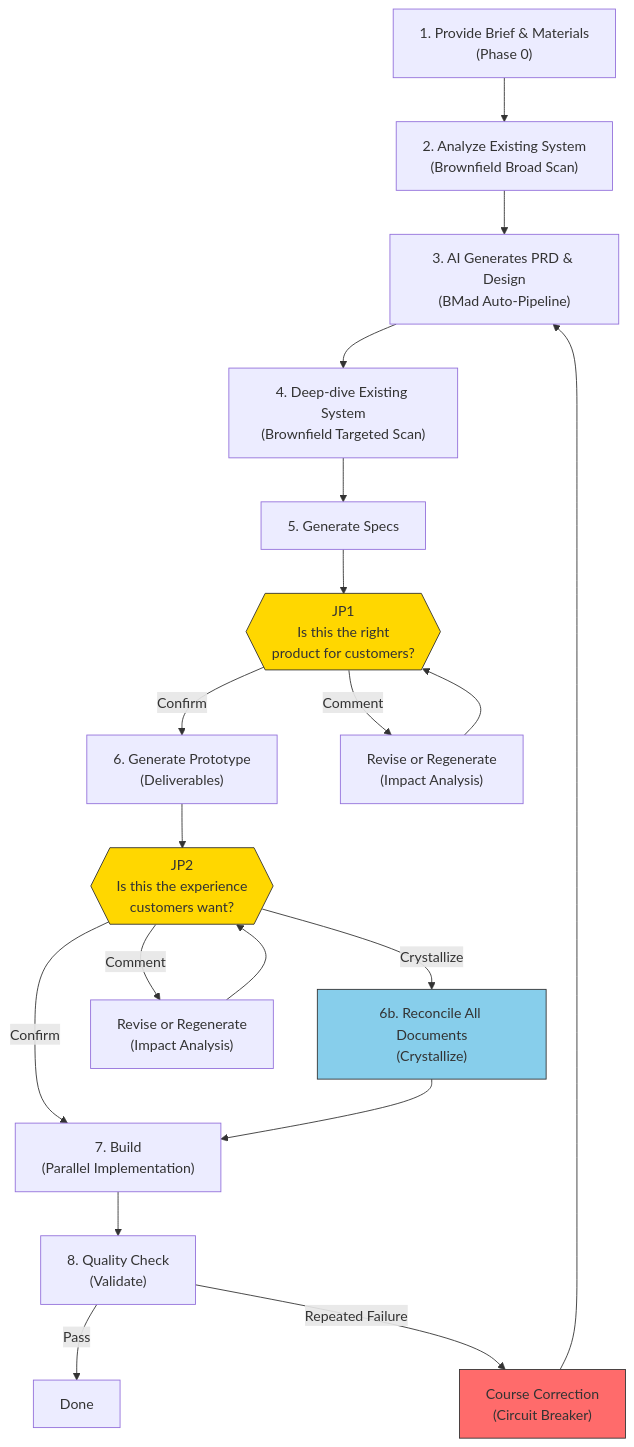
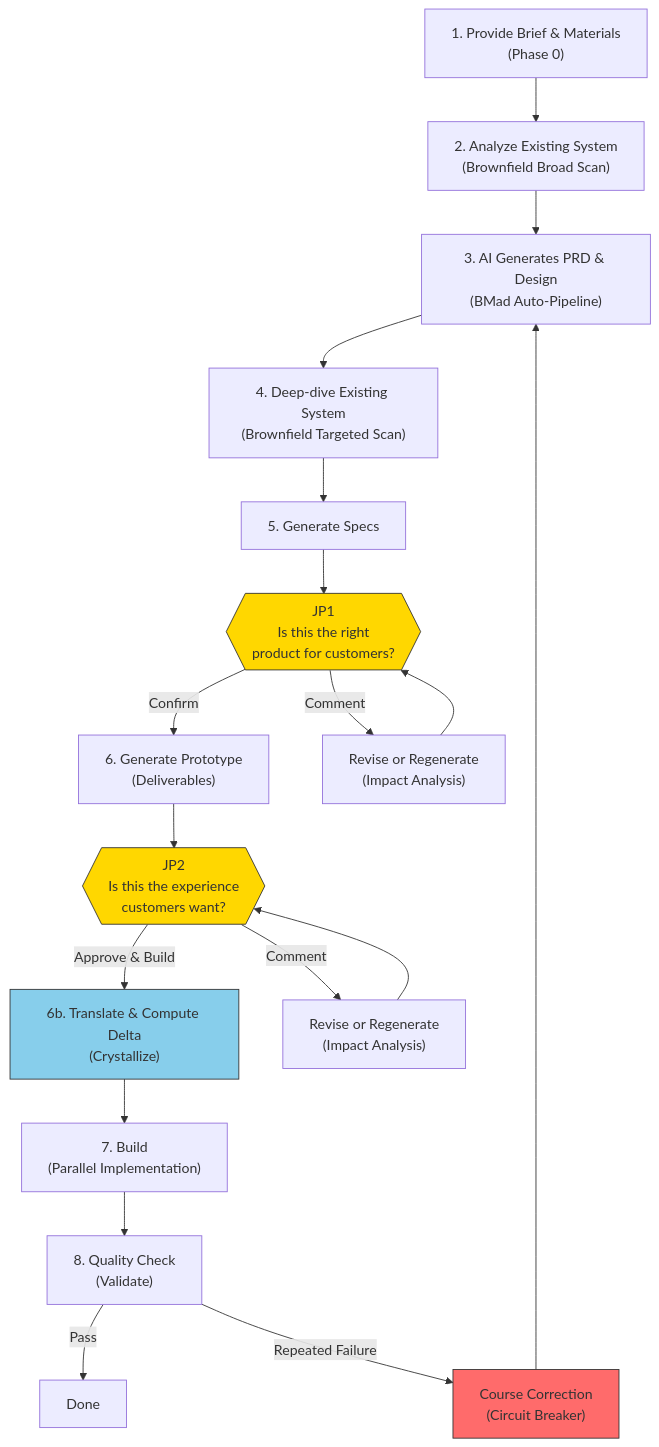
One commit to kangminlee-maker/jdd-sprint-kit changed the diagram in docs/blueprint.md. Above: the diagram before and after it, drawn with Mermaid. The commit also changed other lines of this file and 10 other files, not shown here.

````diff
--- a/docs/blueprint.md
+++ b/docs/blueprint.md
@@ -26,26 +26,25 @@
 ```mermaid
 flowchart TD
     A["1. Provide Brief & Materials\n(Phase 0)"] --> B["2. Analyze Existing System\n(Brownfield Broad Scan)"]
     B --> C["3. AI Generates PRD & Design\n(BMad Auto-Pipeline)"]
     C --> D["4. Deep-dive Existing System\n(Brownfield Targeted Scan)"]
     D --> E["5. Generate Specs"]
     E --> JP1{{"JP1\nIs this the right\nproduct for customers?"}}
     JP1 -->|Confirm| F["6. Generate Prototype\n(Deliverables)"]
     JP1 -->|Comment| JP1_FB["Revise or Regenerate\n(Impact Analysis)"]
     JP1_FB --> JP1
     F --> JP2{{"JP2\nIs this the experience\ncustomers want?"}}
-    JP2 -->|Confirm| G["7. Build\n(Parallel Implementation)"]
-    JP2 -->|Crystallize| CR["6b. Reconcile All Documents\n(Crystallize)"]
+    JP2 -->|Approve & Build| CR["6b. Translate & Compute Delta\n(Crystallize)"]
     JP2 -->|Comment| JP2_FB["Revise or Regenerate\n(Impact Analysis)"]
     JP2_FB --> JP2
-    CR --> G
+    CR --> G["7. Build\n(Parallel Implementation)"]
     G --> H["8. Quality Check\n(Validate)"]
     H -->|Pass| I["Done"]
     H -->|Repeated Failure| CB["Course Correction\n(Circuit Breaker)"]
     CB --> C
 
     style JP1 fill:#FFD700,stroke:#333
     style JP2 fill:#FFD700,stroke:#333
     style CR fill:#87CEEB,stroke:#333
     style CB fill:#FF6B6B,stroke:#333
 ```
````
